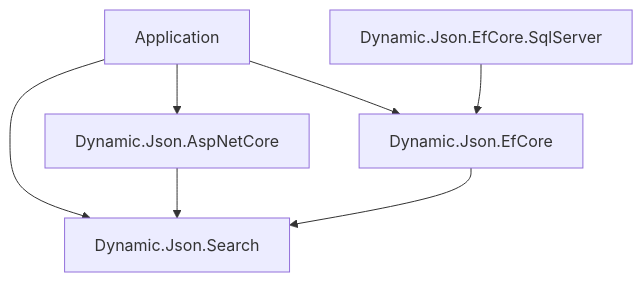
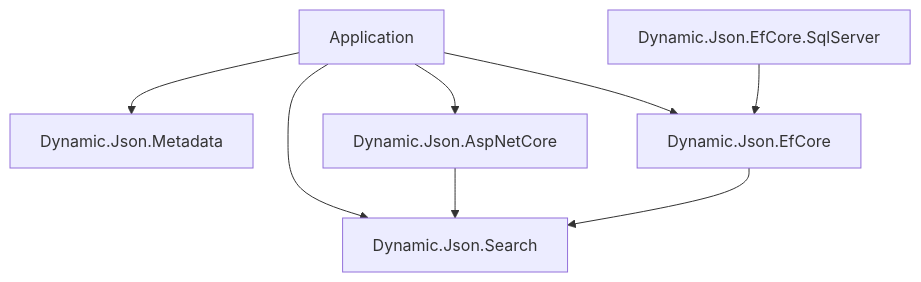
One commit to jfairbourn96/dynamic-json-efcore changed the second of 2 diagrams in README.md. Above: the diagram before and after it, drawn with Mermaid. The commit also changed other lines of this file and 10 other files, not shown here.

Commit message:
Metadata project defined so that we can reuse it in the Dynamic Hr Repo. This also provides metadata validation inside the package. Still need to unit test the validation, but might refactor it slightly.

````diff
--- a/README.md
+++ b/README.md
@@ -201,17 +224,19 @@
 ```mermaid
 flowchart TB
     App["Application"]
 
+    Metadata["Dynamic.Json.Metadata"]
     Search["Dynamic.Json.Search"]
     Asp["Dynamic.Json.AspNetCore"]
     Ef["Dynamic.Json.EfCore"]
     Sql["Dynamic.Json.EfCore.SqlServer"]
 
+    App --> Metadata
     App --> Search
     App --> Asp
     App --> Ef
 
     Asp --> Search
     Ef --> Search
     Sql --> Ef
 ```
````
